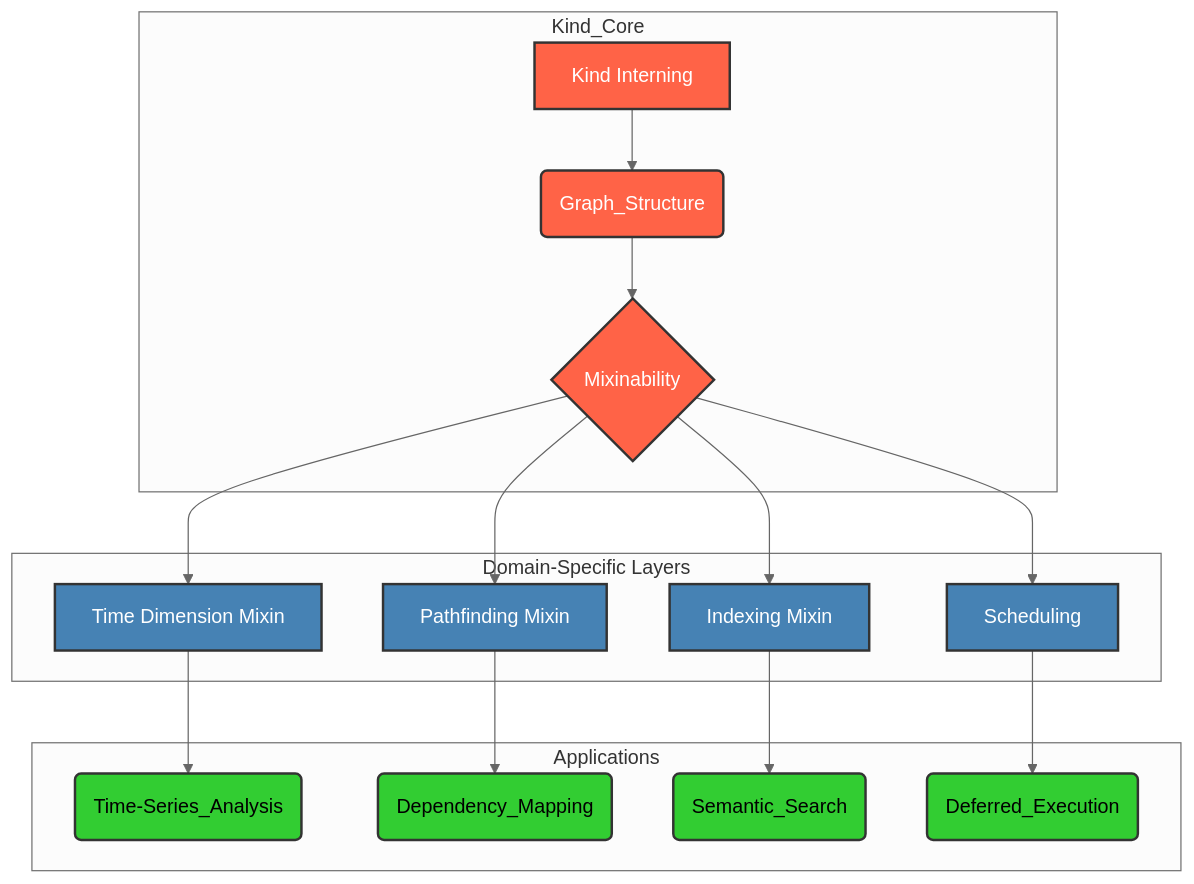
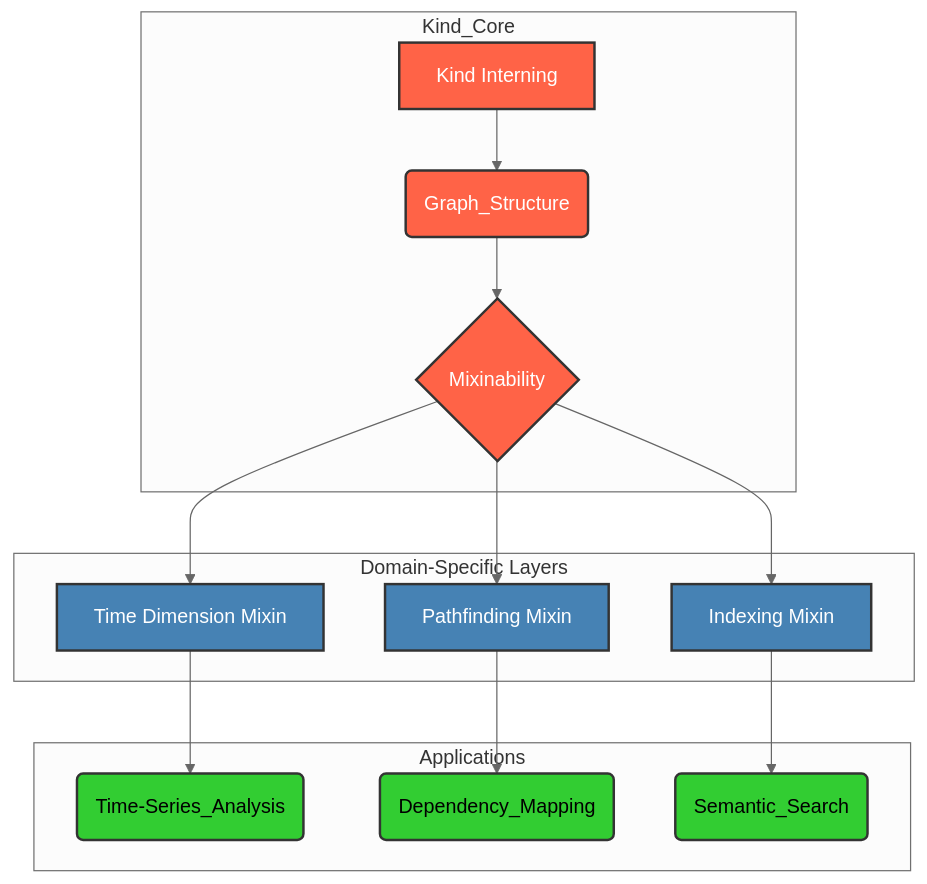
One commit to ikko/kind changed the diagram in docs/guides/1_quick_guide.md. Above: the diagram before and after it, drawn with Mermaid (neutral theme). The commit also changed other lines of this file and 78 other files, not shown here.

````diff
--- a/docs/guides/1_quick_guide.md
+++ b/docs/guides/1_quick_guide.md
@@ -81,35 +82,31 @@
 ```mermaid
 graph TD
     subgraph Kind_Core
         A[Kind Interning] --> B(Graph_Structure)
         B --> C{Mixinability}
     end
 
     subgraph Domain-Specific Layers
         C --> D[Time Dimension Mixin]
         C --> E[Pathfinding Mixin]
         C --> F[Indexing Mixin]
-        C --> G[Scheduling]
     end
 
     subgraph Applications
         D --> H(Time-Series_Analysis)
         E --> I(Dependency_Mapping)
         F --> J(Semantic_Search)
-        G --> K(Deferred_Execution)
     end
 
     style A fill:#FF6347,stroke:#333,stroke-width:2px,color:#FFFFFF;
     style B fill:#FF6347,stroke:#333,stroke-width:2px,color:#FFFFFF;
     style C fill:#FF6347,stroke:#333,stroke-width:2px,color:#FFFFFF;
 
     style D fill:#4682B4,stroke:#333,stroke-width:2px,color:#FFFFFF;
     style E fill:#4682B4,stroke:#333,stroke-width:2px,color:#FFFFFF;
     style F fill:#4682B4,stroke:#333,stroke-width:2px,color:#FFFFFF;
-    style G fill:#4682B4,stroke:#333,stroke-width:2px,color:#FFFFFF;
 
     style H fill:#32CD32,stroke:#333,stroke-width:2px,color:#000000;
     style I fill:#32CD32,stroke:#333,stroke-width:2px,color:#000000;
     style J fill:#32CD32,stroke:#333,stroke-width:2px,color:#000000;
-    style K fill:#32CD32,stroke:#333,stroke-width:2px,color:#000000;
 ```
````
